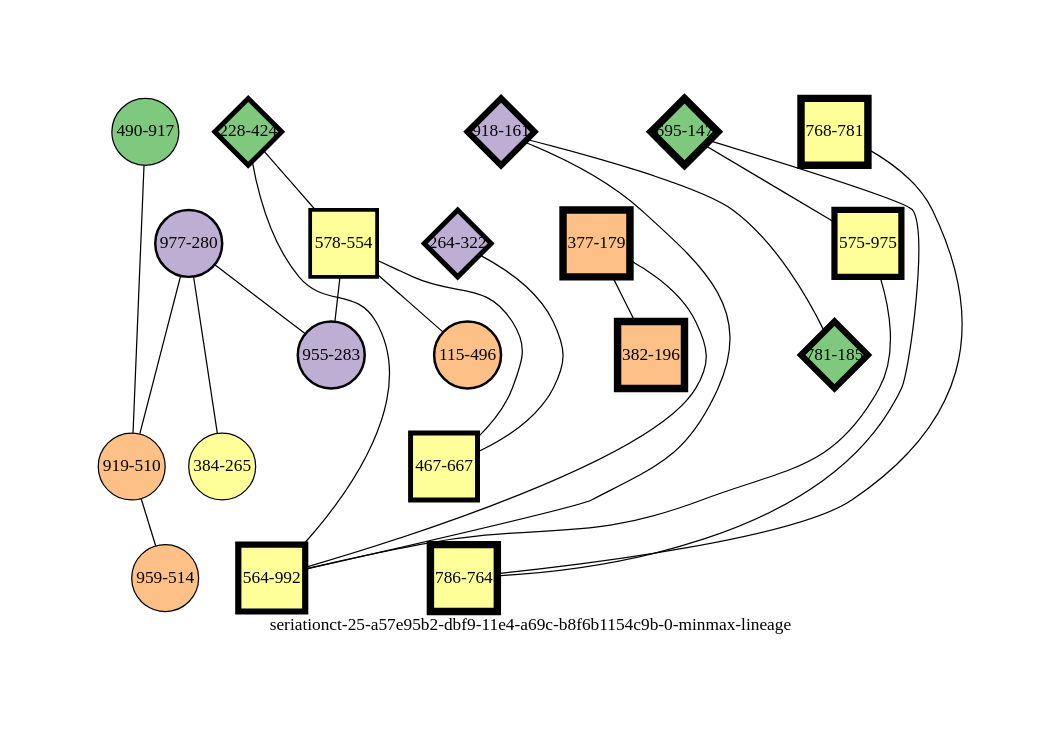
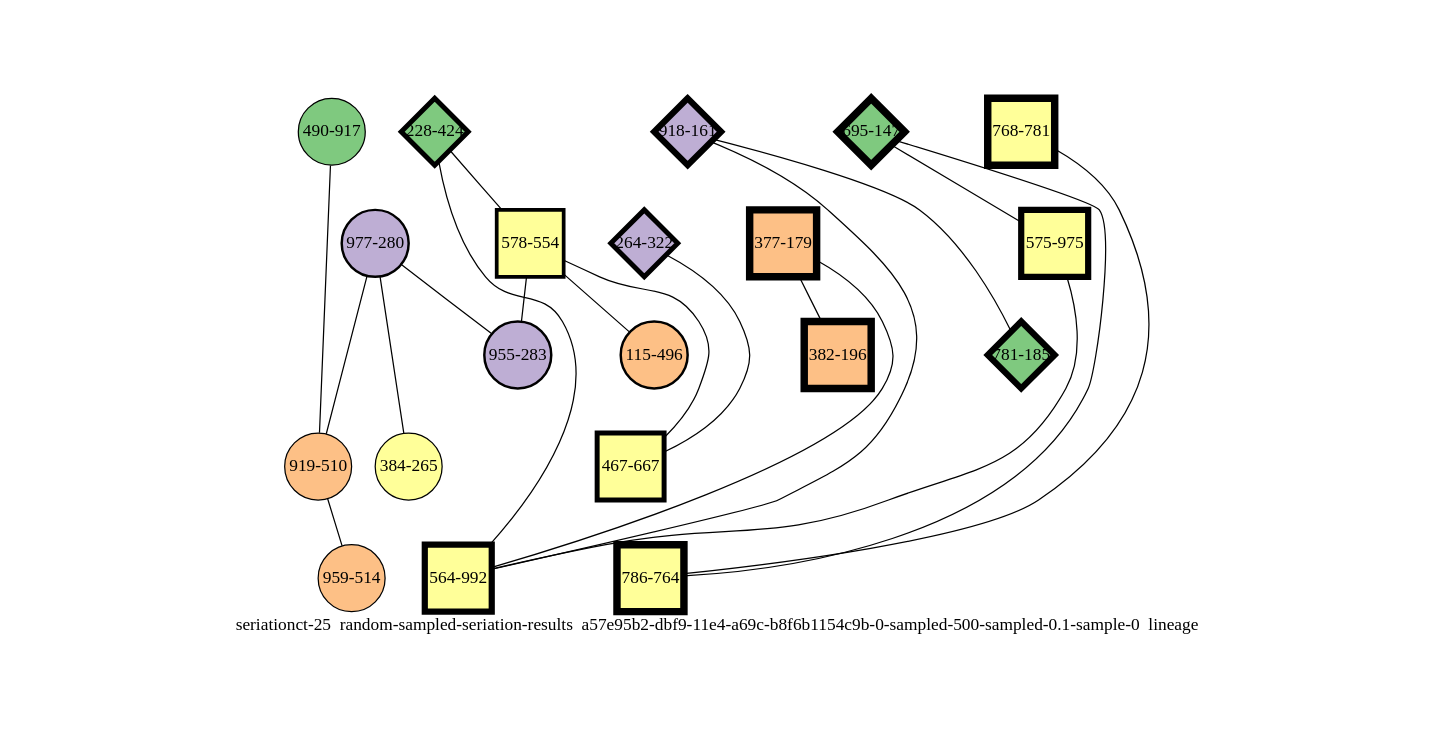
One commit to mmadsen/experiment-seriationct changed the diagram in experiments/seriationct-25/random-sampled-seriation-results/a57e95b2-dbf9-11e4-a69c-b8f6b1154c9b-0-sampled-500-sampled-0.1-sample-0/a57e95b2-dbf9-11e4-a69c-b8f6b1154c9b-0-sampled-500-sampled-0.1-sample-0-minmax-by-weight.png-lineage-annotated-chronological.dot. Above: the diagram before and after it, drawn with Graphviz. The commit also changed 1117 other files, not shown here.

```diff
--- a/experiments/seriationct-25/random-sampled-seriation-results/a57e95b2-dbf9-11e4-a69c-b8f6b1154c9b-0-sampled-500-sampled-0.1-sample-0/a57e95b2-dbf9-11e4-a69c-b8f6b1154c9b-0-sampled-500-sampled-0.1-sample-0-minmax-by-weight.png-lineage-annotated-chronological.dot
+++ b/experiments/seriationct-25/random-sampled-seriation-results/a57e95b2-dbf9-11e4-a69c-b8f6b1154c9b-0-sampled-500-sampled-0.1-sample-0/a57e95b2-dbf9-11e4-a69c-b8f6b1154c9b-0-sampled-500-sampled-0.1-sample-0-minmax-by-weight.png-lineage-annotated-chronological.dot
@@ -1,46 +1,46 @@
-strict graph "seriationct-25-a57e95b2-dbf9-11e4-a69c-b8f6b1154c9b-0-minmax-lineage" {
+strict graph "seriationct-25  random-sampled-seriation-results  a57e95b2-dbf9-11e4-a69c-b8f6b1154c9b-0-sampled-500-sampled-0.1-sample-0  lineage" {
 labelloc=b;
 ratio=auto;
 pad="1.0";
-label="seriationct-25-a57e95b2-dbf9-11e4-a69c-b8f6b1154c9b-0-minmax-lineage";
+label="seriationct-25  random-sampled-seriation-results  a57e95b2-dbf9-11e4-a69c-b8f6b1154c9b-0-sampled-500-sampled-0.1-sample-0  lineage";
 node [width="0.75", style=filled, fixedsize=true, height="0.75", shape=circle, label=""];
 0 [xCoordinate="424.0", appears_in_slice=4, yCoordinate="228.0", colorscheme=accent6, lineage_id=2, short_label="228-424", label="228-424", shape=diamond, cluster_id=0, fillcolor=1, size="500.0", id=0, penwidth="4.0"];
 1 [xCoordinate="781.0", appears_in_slice=6, yCoordinate="768.0", colorscheme=accent6, lineage_id=1, short_label="768-781", label="768-781", shape=square, cluster_id=3, fillcolor=4, size="500.0", id=1, penwidth="6.0"];
 2 [xCoordinate="280.0", appears_in_slice=2, yCoordinate="977.0", colorscheme=accent6, lineage_id=0, short_label="977-280", label="977-280", shape=circle, cluster_id=1, fillcolor=2, size="500.0", id=7, penwidth="2.0"];
 3 [xCoordinate="147.0", appears_in_slice=6, yCoordinate="695.0", colorscheme=accent6, lineage_id=2, short_label="695-147", label="695-147", shape=diamond, cluster_id=0, fillcolor=1, size="500.0", id=5, penwidth="6.0"];
 4 [xCoordinate="322.0", appears_in_slice=4, yCoordinate="264.0", colorscheme=accent6, lineage_id=2, short_label="264-322", label="264-322", shape=diamond, cluster_id=1, fillcolor=2, size="500.0", id=4, penwidth="4.0"];
 5 [xCoordinate="917.0", appears_in_slice=1, yCoordinate="490.0", colorscheme=accent6, lineage_id=0, short_label="490-917", label="490-917", shape=circle, cluster_id=0, fillcolor=1, size="500.0", id=3, penwidth="1.0"];
 6 [xCoordinate="161.0", appears_in_slice=5, yCoordinate="918.0", colorscheme=accent6, lineage_id=2, short_label="918-161", label="918-161", shape=diamond, cluster_id=1, fillcolor=2, size="500.0", id=6, penwidth="5.0"];
 7 [xCoordinate="510.0", appears_in_slice=1, yCoordinate="919.0", colorscheme=accent6, lineage_id=0, short_label="919-510", label="919-510", shape=circle, cluster_id=2, fillcolor=3, size="500.0", id=2, penwidth="1.0"];
 8 [xCoordinate="975.0", appears_in_slice=5, yCoordinate="575.0", colorscheme=accent6, lineage_id=1, short_label="575-975", label="575-975", shape=square, cluster_id=3, fillcolor=4, size="500.0", id=12, penwidth="5.0"];
 9 [xCoordinate="179.0", appears_in_slice=6, yCoordinate="377.0", colorscheme=accent6, lineage_id=1, short_label="377-179", label="377-179", shape=square, cluster_id=2, fillcolor=3, size="500.0", id=9, penwidth="6.0"];
 10 [xCoordinate="554.0", appears_in_slice=3, yCoordinate="578.0", colorscheme=accent6, lineage_id=1, short_label="578-554", label="578-554", shape=square, cluster_id=3, fillcolor=4, size="500.0", id=10, penwidth="3.0"];
 11 [xCoordinate="992.0", appears_in_slice=5, yCoordinate="564.0", colorscheme=accent6, lineage_id=1, short_label="564-992", label="564-992", shape=square, cluster_id=3, fillcolor=4, size="500.0", id=11, penwidth="5.0"];
 12 [xCoordinate="764.0", appears_in_slice=6, yCoordinate="786.0", colorscheme=accent6, lineage_id=1, short_label="786-764", label="786-764", shape=square, cluster_id=3, fillcolor=4, size="500.0", id=8, penwidth="6.0"];
 13 [xCoordinate="496.0", appears_in_slice=2, yCoordinate="115.0", colorscheme=accent6, lineage_id=0, short_label="115-496", label="115-496", shape=circle, cluster_id=2, fillcolor=3, size="500.0", id=13, penwidth="2.0"];
 14 [xCoordinate="283.0", appears_in_slice=2, yCoordinate="955.0", colorscheme=accent6, lineage_id=0, short_label="955-283", label="955-283", shape=circle, cluster_id=1, fillcolor=2, size="500.0", id=14, penwidth="2.0"];
 15 [xCoordinate="265.0", appears_in_slice=1, yCoordinate="384.0", colorscheme=accent6, lineage_id=0, short_label="384-265", label="384-265", shape=circle, cluster_id=3, fillcolor=4, size="500.0", id=15, penwidth="1.0"];
 16 [xCoordinate="196.0", appears_in_slice=6, yCoordinate="382.0", colorscheme=accent6, lineage_id=1, short_label="382-196", label="382-196", shape=square, cluster_id=2, fillcolor=3, size="500.0", id=16, penwidth="6.0"];
 17 [xCoordinate="185.0", appears_in_slice=5, yCoordinate="781.0", colorscheme=accent6, lineage_id=2, short_label="781-185", label="781-185", shape=diamond, cluster_id=0, fillcolor=1, size="500.0", id=17, penwidth="5.0"];
 18 [xCoordinate="667.0", appears_in_slice=4, yCoordinate="467.0", colorscheme=accent6, lineage_id=1, short_label="467-667", label="467-667", shape=square, cluster_id=3, fillcolor=4, size="500.0", id=18, penwidth="4.0"];
 19 [xCoordinate="514.0", appears_in_slice=1, yCoordinate="959.0", colorscheme=accent6, lineage_id=0, short_label="959-514", label="959-514", shape=circle, cluster_id=2, fillcolor=3, size="500.0", id=19, penwidth="1.0"];
 0 -- 10  [inverseweight="2.62997667957", weight="0.380231508426"];
 0 -- 11  [inverseweight="1.71997087357", weight="0.581405194335"];
 1 -- 12  [inverseweight="27.9508497187", weight="0.03577708764"];
 2 -- 15  [inverseweight="1.41547105925", weight="0.706478591325"];
 2 -- 14  [inverseweight="1.9973174069", weight="0.500671549022"];
 2 -- 7  [inverseweight="2.17006040143", weight="0.460816666365"];
 3 -- 8  [inverseweight="1.49934642741", weight="0.666957269996"];
 3 -- 12  [inverseweight="21.4373231428", weight="0.0466476151588"];
 4 -- 18  [inverseweight="33.8642730739", weight="0.0295296461205"];
 5 -- 7  [inverseweight="2.49111014355", weight="0.401427452973"];
 6 -- 17  [inverseweight="1.31624531623", weight="0.759736796529"];
 6 -- 11  [inverseweight="2.50250375626", weight="0.3995997998"];
 7 -- 19  [inverseweight="23.2119172721", weight="0.0430813184571"];
 8 -- 11  [inverseweight="2.22202471769", weight="0.450039998222"];
 9 -- 16  [inverseweight="2.1695291999", weight="0.460929495693"];
 9 -- 11  [inverseweight="1.90720260996", weight="0.52432814153"];
 10 -- 18  [inverseweight="1.58647838302", weight="0.630326899315"];
 10 -- 13  [inverseweight="1.93760611712", weight="0.516100765355"];
 10 -- 14  [inverseweight="2.30789989146", weight="0.433294357222"];
 }
```
